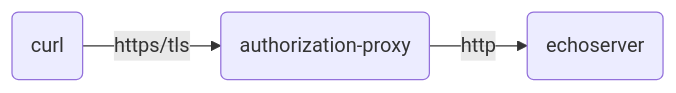
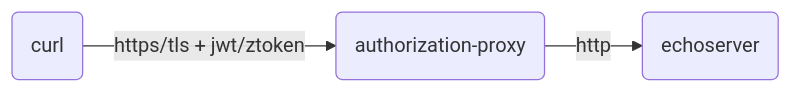
One commit to ctyano/athenz-distribution changed the ninth of 15 diagrams in docs/ENVOY.md. Above: the diagram before and after it, drawn with Mermaid. The commit also changed other lines of this file, not shown here.

````diff
--- a/docs/ENVOY.md
+++ b/docs/ENVOY.md
@@ -143,4 +143,4 @@
 ```mermaid
 flowchart LR
-A(curl) -->|https/tls| B(authorization-proxy) -->|http| C(echoserver)
+A(curl) -->|https/tls + jwt/ztoken| B(authorization-proxy) -->|http| C(echoserver)
 ```
````
